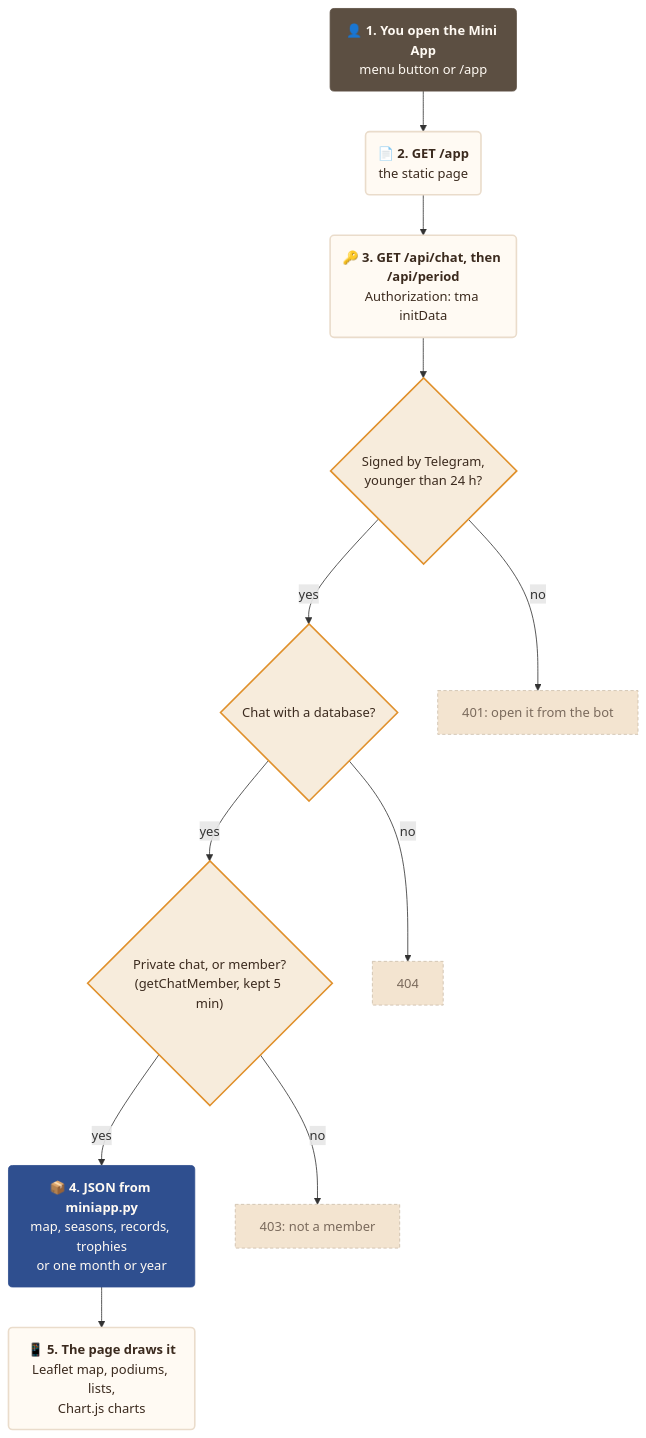
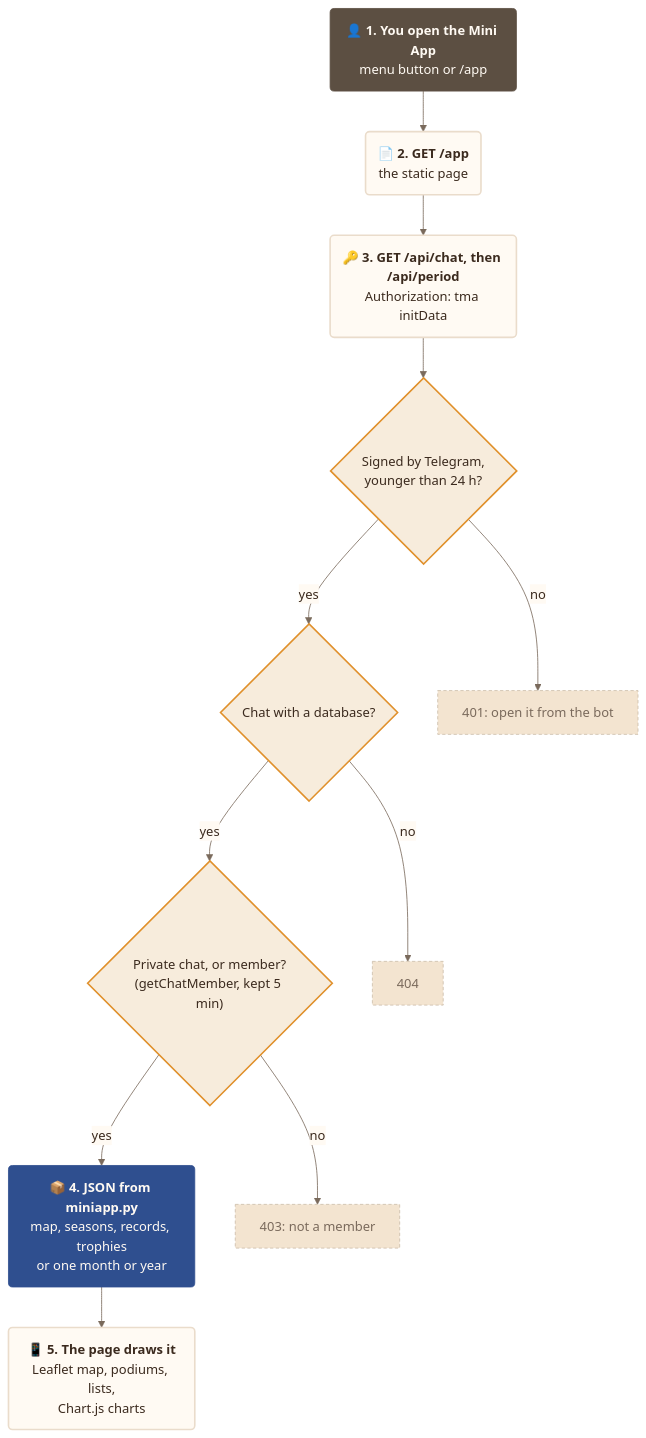
One commit to francescoperrino/Caccometro changed the fifth of 6 diagrams in docs/architecture.md. Above: the diagram before and after it, drawn with Mermaid. The commit also changed other lines of this file and 14 other files, not shown here.

Commit message:
Give every Mermaid diagram one style from tools/mermaid_style.py, with a title and a description (#204)

````diff
--- a/docs/architecture.md
+++ b/docs/architecture.md
@@ -264,33 +390,64 @@
 ```mermaid
+---
+config:
+  theme: base
+  themeVariables:
+    fontFamily: "Nunito, Segoe UI, Roboto, sans-serif"
+    primaryColor: "#fffaf3"
+    primaryTextColor: "#3b2a1e"
+    primaryBorderColor: "#eadccb"
+    secondaryColor: "#f7ecdc"
+    tertiaryColor: "#f3e4d0"
+    lineColor: "#7a6a5c"
+    textColor: "#3b2a1e"
+    edgeLabelBackground: "#fffaf3"
+    clusterBkg: "#f3e4d0"
+    clusterBorder: "#cbbca9"
+    titleColor: "#5c4f42"
+    noteBkgColor: "#f7ecdc"
+    noteTextColor: "#3b2a1e"
+    actorBkg: "#fffaf3"
+    actorBorder: "#5c4f42"
+    actorTextColor: "#3b2a1e"
+    signalColor: "#7a6a5c"
+    signalTextColor: "#3b2a1e"
+    labelBoxBkgColor: "#f3e4d0"
+    loopTextColor: "#3b2a1e"
+    sequenceNumberColor: "#fffaf3"
+    xyChart:
+      plotColorPalette: "#2f4f8f"
+---
 flowchart TD
+    accTitle: How the Mini App gets its data
+    accDescr: The page calls the API with the signed initData, the server checks signature, chat and membership, then sends the data of the chat
     open("👤 <b>1. You open the Mini App</b><br/>menu button or /app")
     page("📄 <b>2. GET /app</b><br/>the static page")
     request("🔑 <b>3. GET /api/chat, then /api/period</b><br/>Authorization: tma initData")
     signed{"Signed by Telegram,<br/>younger than 24 h?"}
     known{"Chat with a database?"}
     member{"Private chat, or member?<br/>(getChatMember, kept 5 min)"}
     data("📦 <b>4. JSON from miniapp.py</b><br/>map, seasons, records, trophies<br/>or one month or year")
     draw("📱 <b>5. The page draws it</b><br/>Leaflet map, podiums, lists,<br/>Chart.js charts")
     e401["401: open it from the bot"]
     e404["404"]
     e403["403: not a member"]
     open --> page --> request --> signed
     signed -->|"no"| e401
     signed -->|"yes"| known
     known -->|"no"| e404
     known -->|"yes"| member
     member -->|"no"| e403
     member -->|"yes"| data --> draw
     classDef step fill:#fffaf3,stroke:#eadccb,stroke-width:2px,color:#3b2a1e
     classDef main fill:#2f4f8f,stroke:#2f4f8f,color:#fffaf3
     classDef person fill:#5c4f42,stroke:#5c4f42,color:#fffaf3
     classDef check fill:#f7ecdc,stroke:#e0902b,stroke-width:2px,color:#3b2a1e
     classDef detail fill:#f7ecdc,stroke:#eadccb,color:#3b2a1e
-    classDef alert fill:#e0902b,stroke:#e0902b,color:#fffaf3
+    classDef alert fill:#e0902b,stroke:#e0902b,color:#3b2a1e
     classDef stop fill:#f3e4d0,stroke:#cbbca9,stroke-dasharray:4 3,color:#7a6a5c
     class open person
     class page,request,draw step
     class data main
     class signed,known,member check
     class e401,e404,e403 stop
 ```
````
